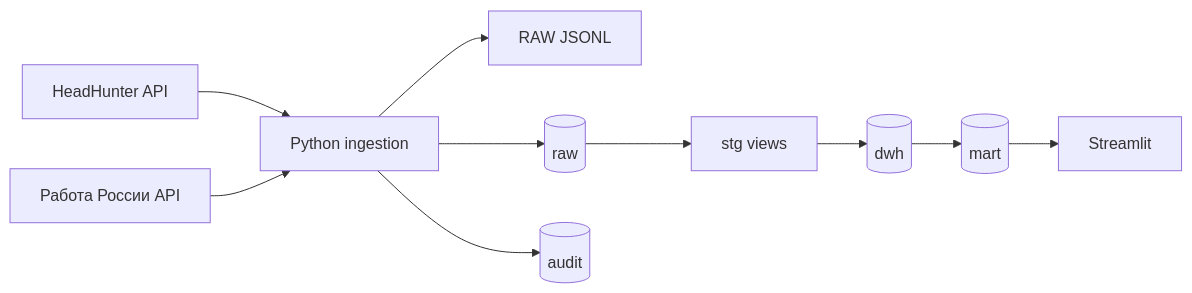
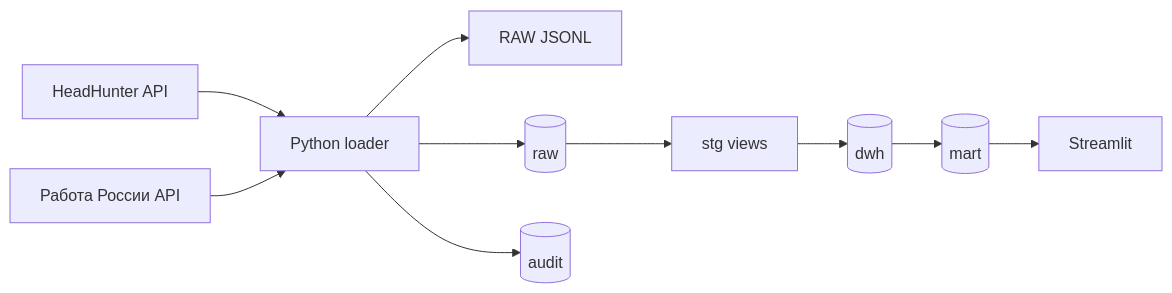
One commit to us6fu1/it-job-market-observatory changed the diagram in README.md. Above: the diagram before and after it, drawn with Mermaid. The commit also changed other lines of this file and 4 other files, not shown here.

````diff
--- a/README.md
+++ b/README.md
@@ -62,20 +74,12 @@
 ```mermaid
 flowchart LR
-    HH[HeadHunter API]
-    TV[Работа России API]
-    PY[Python ingestion]
-    FILES[RAW JSONL]
-    RAW[(raw)]
-    AUDIT[(audit)]
-    STG[stg views]
-    DWH[(dwh)]
-    MART[(mart)]
-    UI[Streamlit]
-
-    HH --> PY
-    TV --> PY
-    PY --> FILES
-    PY --> RAW
-    PY --> AUDIT
-    RAW --> STG --> DWH --> MART --> UI
+    HH[HeadHunter API] --> PY[Python loader]
+    TV[Работа России API] --> PY
+    PY --> FILES[RAW JSONL]
+    PY --> RAW[(raw)]
+    PY --> AUDIT[(audit)]
+    RAW --> STG[stg views]
+    STG --> DWH[(dwh)]
+    DWH --> MART[(mart)]
+    MART --> UI[Streamlit]
 ```
````
